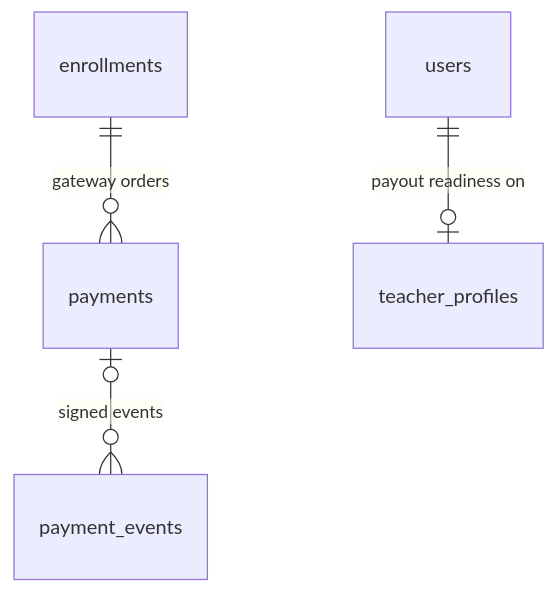
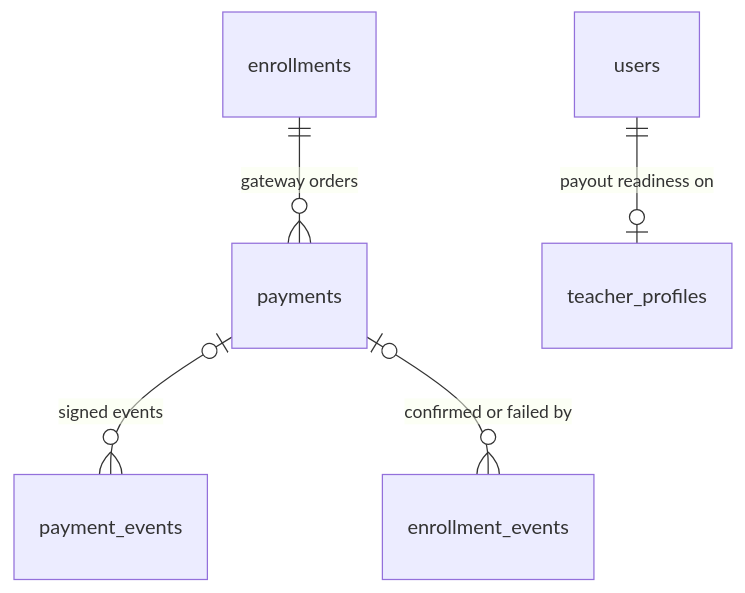
One commit to SaifElsayed/Ejazah changed the third of 4 diagrams in docs/ERD.md. Above: the diagram before and after it, drawn with Mermaid. The commit also changed other lines of this file and 25 other files, not shown here.

````diff
--- a/docs/ERD.md
+++ b/docs/ERD.md
@@ -767,6 +789,7 @@
 ```mermaid
 erDiagram
     enrollments ||--o{ payments : "gateway orders"
     payments |o--o{ payment_events : "signed events"
+    payments |o--o{ enrollment_events : "confirmed or failed by"
     users ||--o| teacher_profiles : "payout readiness on"
 ```
````
